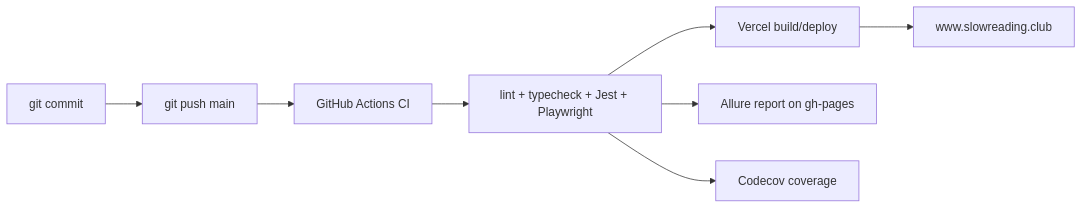
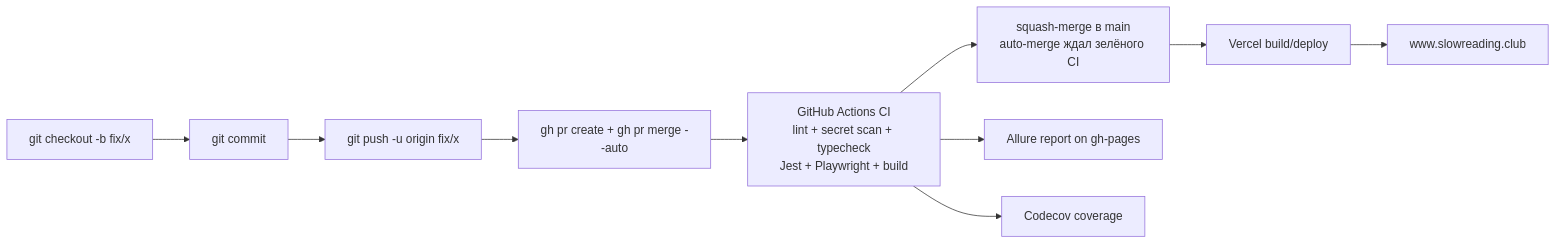
The diagram in docs/wiki/Hosting-Deployment-and-Domains.md (bon2362/book-club), drawn with Mermaid before and after one commit. The commit also changed other lines of this file and 1 other file, not shown here.

Commit message:
docs(wiki): синхронизация с новым CI/CD workflow (#164)
Две страницы вводили в заблуждение или не давали критичной инфы:

1. Hosting-Deployment-and-Domains
   - Текст "Push в main запускает проверки и production-деплой" неверный
     после включения branch protection (прямой push отказывается с GH006).
   - Mermaid-диаграмма показывала старый flow (commit → push → CI → deploy).
   - Обновил на PR-flow с явным указанием auto-merge и branch protection.

2. Operations-Runbook
   - Не было сценария "прод лежит, нужен срочный фикс минуя CI".
   - В стрессовой ситуации владелец проекта пойдёт сюда, не в AGENTS.md
     (AGENTS.md — для агентов, runbook — для человека).
   - Добавил emergency-процедуру с обязательным шагом 3 "вернуть защиту"
     и предупреждением, что emergency push минует все проверки.

Не трогал:
- Quality-CI-Allure-and-Codecov — раздел про изоляцию e2e уже добавлен
  раньше. Secret scan в списке шагов CI можно не упоминать —
  это деталь механики, владельцу не критично.
- Glossary / External-Services / Data-and-Database — реальных дыр нет,
  добавление терминов "branch protection" / "PR-flow" — nice-to-have,
  не блокер.

````diff
--- a/docs/wiki/Hosting-Deployment-and-Domains.md
+++ b/docs/wiki/Hosting-Deployment-and-Domains.md
@@ -19,10 +19,12 @@
 ```mermaid
 flowchart LR
-    Commit["git commit"] --> Push["git push main"]
-    Push --> CI["GitHub Actions CI"]
-    CI --> Tests["lint + typecheck + Jest + Playwright"]
-    Tests --> Vercel["Vercel build/deploy"]
+    Branch["git checkout -b fix/x"] --> Commit["git commit"]
+    Commit --> Push["git push -u origin fix/x"]
+    Push --> PR["gh pr create + gh pr merge --auto"]
+    PR --> CI["GitHub Actions CI<br/>lint + secret scan + typecheck<br/>Jest + Playwright + build"]
+    CI --> Merge["squash-merge в main<br/>auto-merge ждал зелёного CI"]
+    Merge --> Vercel["Vercel build/deploy"]
     Vercel --> Domain["www.slowreading.club"]
-    Tests --> Allure["Allure report on gh-pages"]
-    Tests --> Codecov["Codecov coverage"]
+    CI --> Allure["Allure report on gh-pages"]
+    CI --> Codecov["Codecov coverage"]
 ```
````
